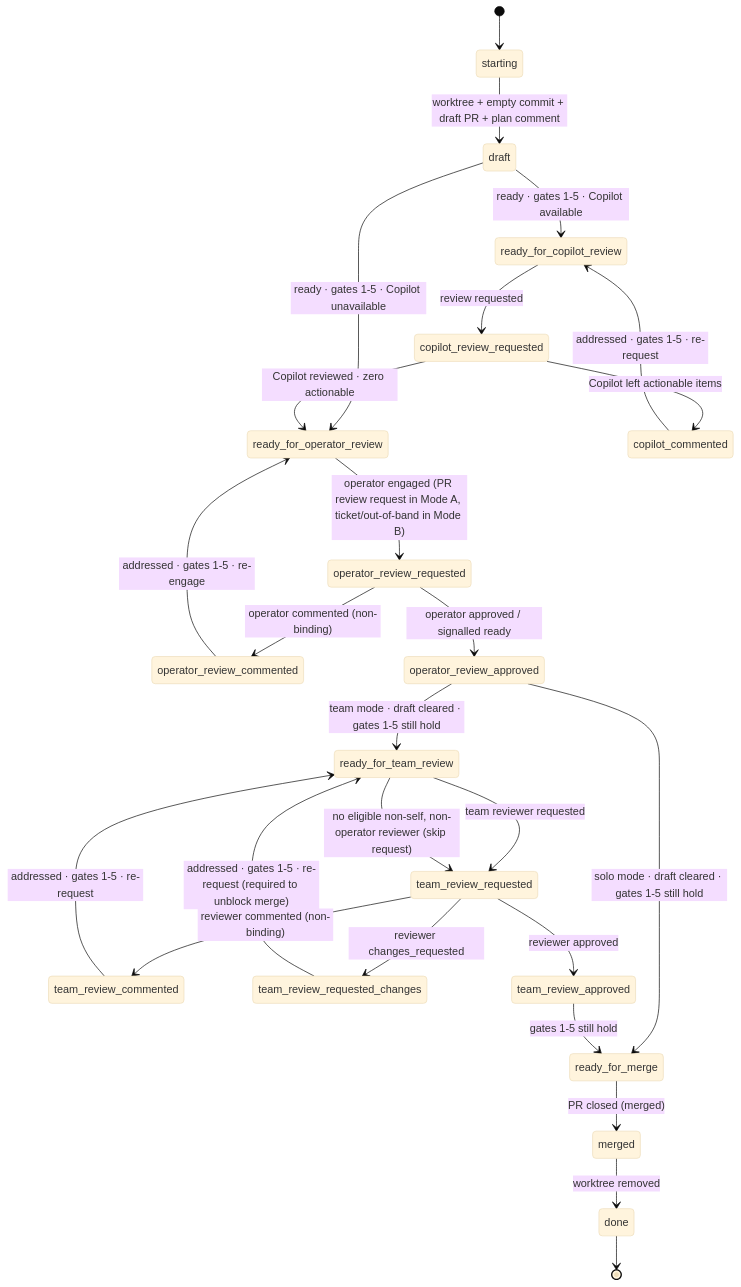
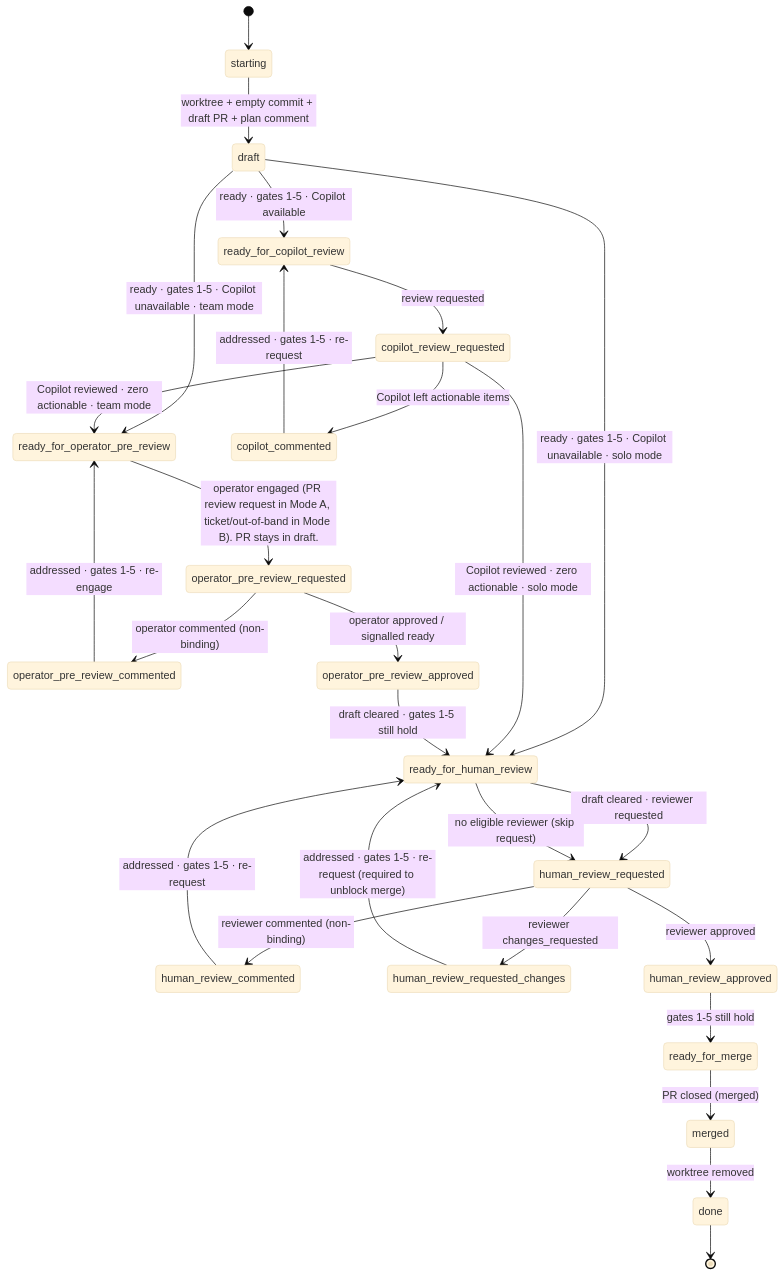
Before and after one commit to ianwremmel/agentic: the diagram in plugins/dispatch/skills/deliver/SKILL.md, drawn with Mermaid (base theme). The commit also changed other lines of this file and 4 other files, not shown here.

First line of the commit message:
deliver: correct solo-mode shape; operator pre-review is team-mode only

````diff
--- a/plugins/dispatch/skills/deliver/SKILL.md
+++ b/plugins/dispatch/skills/deliver/SKILL.md
@@ -44,44 +44,45 @@
 ```mermaid
 stateDiagram-v2
     [*] --> starting
 
     starting --> draft: worktree + empty commit + draft PR + plan comment
 
     draft --> ready_for_copilot_review: ready · gates 1-5 · Copilot available
-    draft --> ready_for_operator_review: ready · gates 1-5 · Copilot unavailable
+    draft --> ready_for_operator_pre_review: ready · gates 1-5 · Copilot unavailable · team mode
+    draft --> ready_for_human_review: ready · gates 1-5 · Copilot unavailable · solo mode
 
     ready_for_copilot_review --> copilot_review_requested: review requested
 
     copilot_review_requested --> copilot_commented: Copilot left actionable items
-    copilot_review_requested --> ready_for_operator_review: Copilot reviewed · zero actionable
+    copilot_review_requested --> ready_for_operator_pre_review: Copilot reviewed · zero actionable · team mode
+    copilot_review_requested --> ready_for_human_review: Copilot reviewed · zero actionable · solo mode
 
     copilot_commented --> ready_for_copilot_review: addressed · gates 1-5 · re-request
 
-    ready_for_operator_review --> operator_review_requested: operator engaged (PR review request in Mode A, ticket/out-of-band in Mode B)
+    ready_for_operator_pre_review --> operator_pre_review_requested: operator engaged (PR review request in Mode A, ticket/out-of-band in Mode B). PR stays in draft.
 
-    operator_review_requested --> operator_review_commented: operator commented (non-binding)
-    operator_review_requested --> operator_review_approved: operator approved / signalled ready
+    operator_pre_review_requested --> operator_pre_review_commented: operator commented (non-binding)
+    operator_pre_review_requested --> operator_pre_review_approved: operator approved / signalled ready
 
-    operator_review_commented --> ready_for_operator_review: addressed · gates 1-5 · re-engage
+    operator_pre_review_commented --> ready_for_operator_pre_review: addressed · gates 1-5 · re-engage
 
-    operator_review_approved --> ready_for_merge: solo mode · draft cleared · gates 1-5 still hold
-    operator_review_approved --> ready_for_team_review: team mode · draft cleared · gates 1-5 still hold
+    operator_pre_review_approved --> ready_for_human_review: draft cleared · gates 1-5 still hold
 
-    ready_for_team_review --> team_review_requested: team reviewer requested
-    ready_for_team_review --> team_review_requested: no eligible non-self, non-operator reviewer (skip request)
+    ready_for_human_review --> human_review_requested: draft cleared · reviewer requested
+    ready_for_human_review --> human_review_requested: no eligible reviewer (skip request)
 
-    team_review_requested --> team_review_commented: reviewer commented (non-binding)
-    team_review_requested --> team_review_requested_changes: reviewer changes_requested
-    team_review_requested --> team_review_approved: reviewer approved
+    human_review_requested --> human_review_commented: reviewer commented (non-binding)
+    human_review_requested --> human_review_requested_changes: reviewer changes_requested
+    human_review_requested --> human_review_approved: reviewer approved
 
-    team_review_commented --> ready_for_team_review: addressed · gates 1-5 · re-request
-    team_review_requested_changes --> ready_for_team_review: addressed · gates 1-5 · re-request (required to unblock merge)
+    human_review_commented --> ready_for_human_review: addressed · gates 1-5 · re-request
+    human_review_requested_changes --> ready_for_human_review: addressed · gates 1-5 · re-request (required to unblock merge)
 
-    team_review_approved --> ready_for_merge: gates 1-5 still hold
+    human_review_approved --> ready_for_merge: gates 1-5 still hold
 
     ready_for_merge --> merged: PR closed (merged)
 
     merged --> done: worktree removed
 
     done --> [*]
 ```
````
